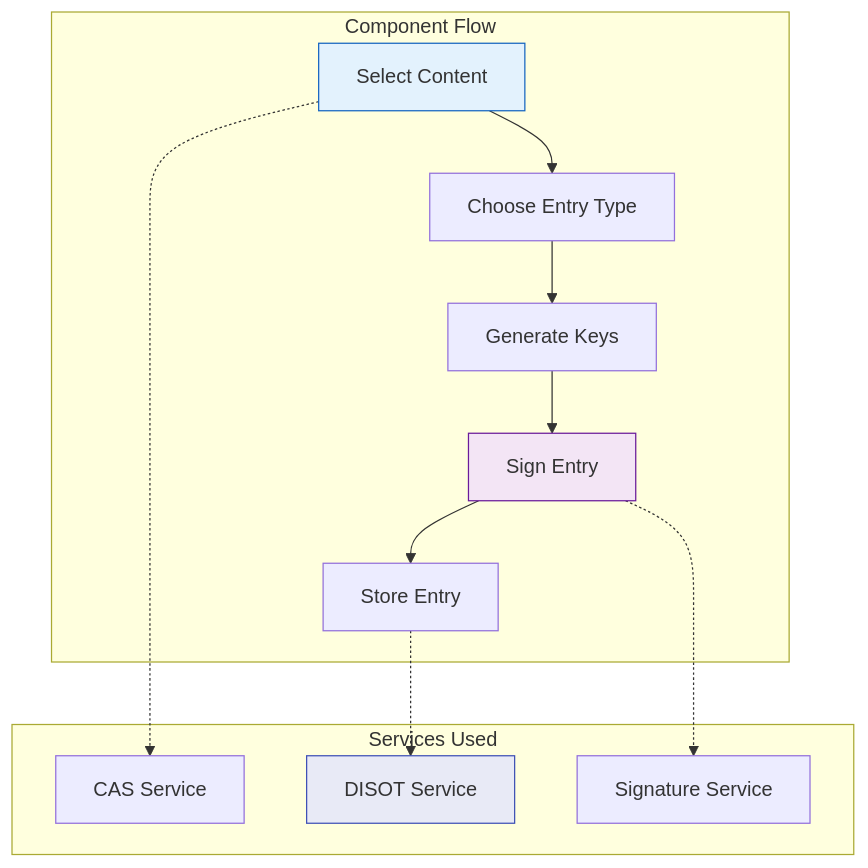
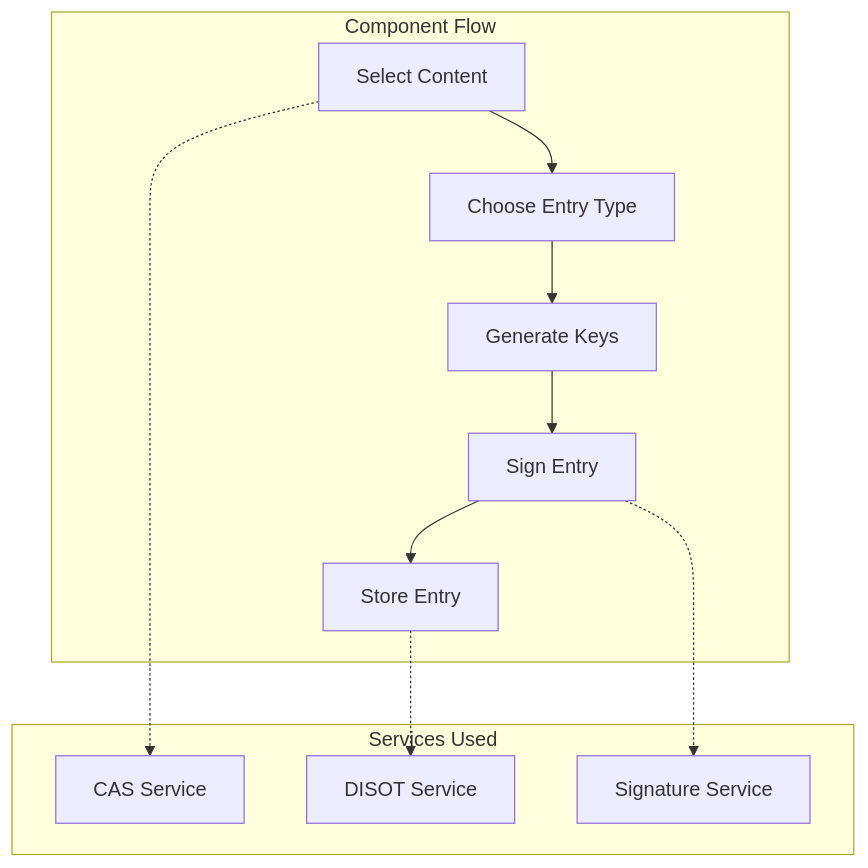
Before and after one commit to o2alexanderfedin/angular-cas-disot: the first of 8 diagrams in docs/components/disot-components.md, drawn with Mermaid. The commit also changed other lines of this file and 18 other files, not shown here.

````diff
--- a/docs/components/disot-components.md
+++ b/docs/components/disot-components.md
@@ -16,29 +16,29 @@
 ```mermaid
 graph TD
     subgraph "Component Flow"
         SELECT[Select Content]
         TYPE[Choose Entry Type]
         KEYS[Generate Keys]
         SIGN[Sign Entry]
         STORE[Store Entry]
     end
     
     subgraph "Services Used"
         CAS[CAS Service]
         DISOT[DISOT Service]
         SIG[Signature Service]
     end
     
     SELECT --> TYPE
     TYPE --> KEYS
     KEYS --> SIGN
     SIGN --> STORE
     
     SELECT -.-> CAS
     SIGN -.-> SIG
     STORE -.-> DISOT
     
-    style SELECT fill:#e3f2fd,stroke:#1565c0
-    style SIGN fill:#f3e5f5,stroke:#6a1b9a
-    style DISOT fill:#e8eaf6,stroke:#3f51b5
+    
+    
+    
 ```
````
